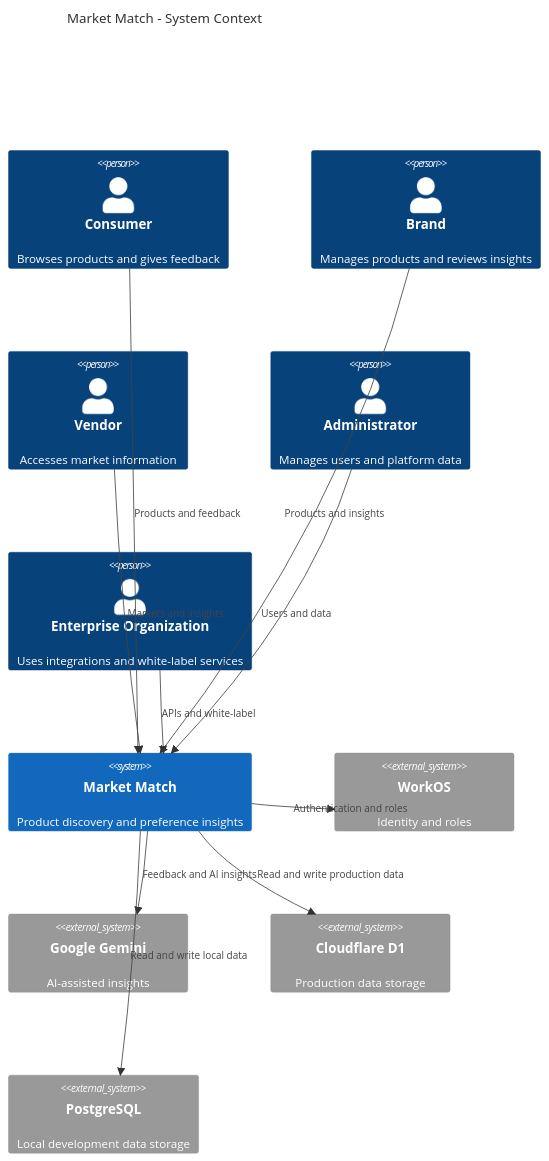
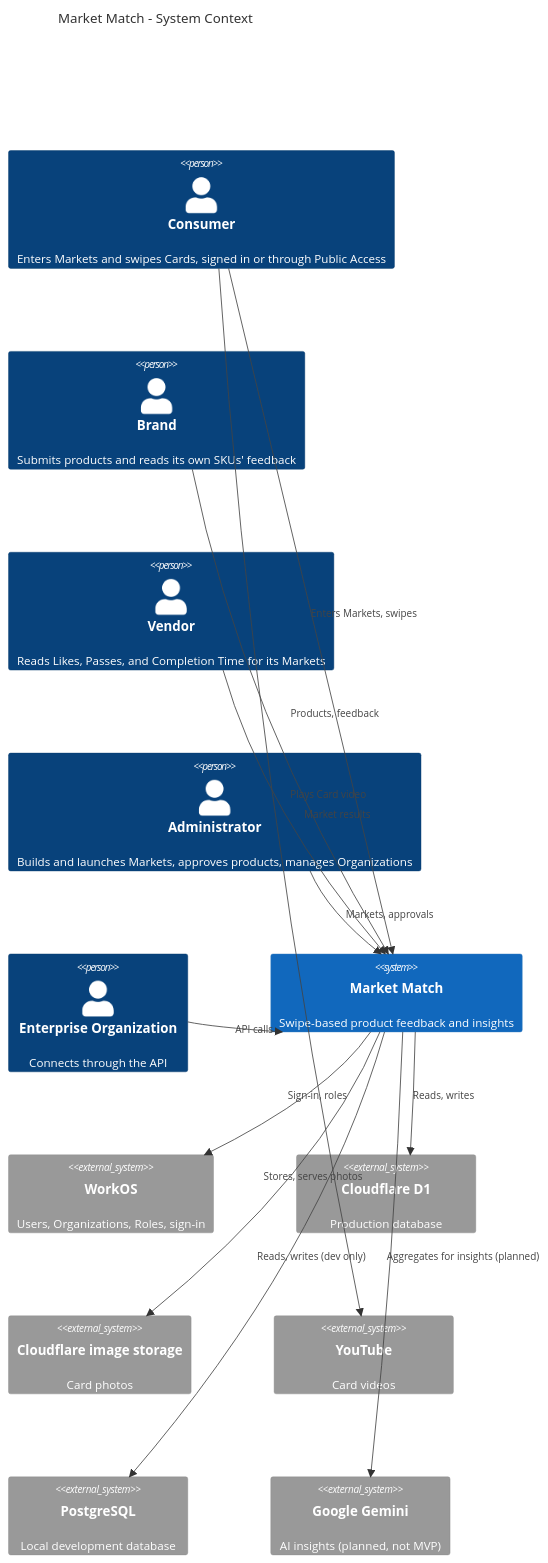
One commit to gkuchar/cosc-40943-team-11-market-match changed the first of 2 diagrams in docs/design/architectural-design.md. Above: the diagram before and after it, drawn with Mermaid. The commit also changed other lines of this file and 3 other files, not shown here.

````diff
--- a/docs/design/architectural-design.md
+++ b/docs/design/architectural-design.md
@@ -96,30 +102,34 @@
 ```mermaid
 C4Context
     title Market Match - System Context
 
-    Person(consumer, "Consumer", "Browses products and gives feedback")
-    Person(brand, "Brand", "Manages products and reviews insights")
-    Person(vendor, "Vendor", "Accesses market information")
-    Person(admin, "Administrator", "Manages users and platform data")
-    Person(enterprise, "Enterprise Organization", "Uses integrations and white-label services")
+    Person(consumer, "Consumer", "Enters Markets and swipes Cards, signed in or through Public Access")
+    Person(brand, "Brand", "Submits products and reads its own SKUs' feedback")
+    Person(vendor, "Vendor", "Reads Likes, Passes, and Completion Time for its Markets")
+    Person(admin, "Administrator", "Builds and launches Markets, approves products, manages Organizations")
+    Person(enterprise, "Enterprise Organization", "Connects through the API")
 
-    System(mm, "Market Match", "Product discovery and preference insights")
+    System(mm, "Market Match", "Swipe-based product feedback and insights")
 
-    System_Ext(workos, "WorkOS", "Identity and roles")
-    System_Ext(gemini, "Google Gemini", "AI-assisted insights")
-    System_Ext(d1, "Cloudflare D1", "Production data storage")
-    System_Ext(postgres, "PostgreSQL", "Local development data storage")
+    System_Ext(workos, "WorkOS", "Users, Organizations, Roles, sign-in")
+    System_Ext(d1, "Cloudflare D1", "Production database")
+    System_Ext(images, "Cloudflare image storage", "Card photos")
+    System_Ext(youtube, "YouTube", "Card videos")
+    System_Ext(postgres, "PostgreSQL", "Local development database")
+    System_Ext(gemini, "Google Gemini", "AI insights (planned, not MVP)")
 
-    Rel(consumer, mm, "Products and feedback")
-    Rel(brand, mm, "Products and insights")
-    Rel(vendor, mm, "Markets and insights")
-    Rel(admin, mm, "Users and data")
-    Rel(enterprise, mm, "APIs and white-label")
+    Rel(consumer, mm, "Enters Markets, swipes")
+    Rel(brand, mm, "Products, feedback")
+    Rel(vendor, mm, "Market results")
+    Rel(admin, mm, "Markets, approvals")
+    Rel(enterprise, mm, "API calls")
 
-    Rel(mm, workos, "Authentication and roles")
-    Rel(mm, gemini, "Feedback and AI insights")
-    Rel(mm, d1, "Read and write production data")
-    Rel(mm, postgres, "Read and write local data")
+    Rel(mm, workos, "Sign-in, roles")
+    Rel(mm, d1, "Reads, writes")
+    Rel(mm, images, "Stores, serves photos")
+    Rel(consumer, youtube, "Plays Card video")
+    Rel(mm, postgres, "Reads, writes (dev only)")
+    Rel(mm, gemini, "Aggregates for insights (planned)")
 
     UpdateLayoutConfig($c4ShapeInRow="3", $c4BoundaryInRow="1")
 ```
````
